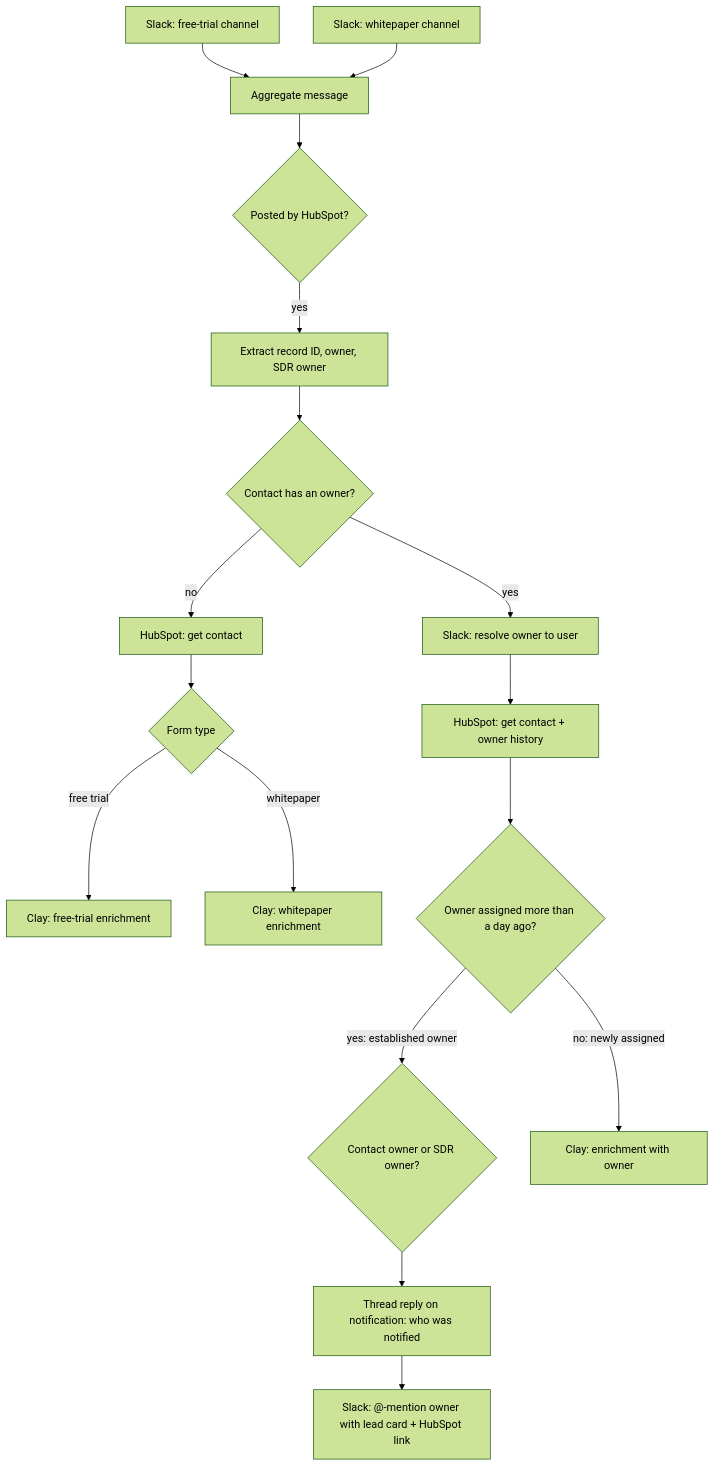
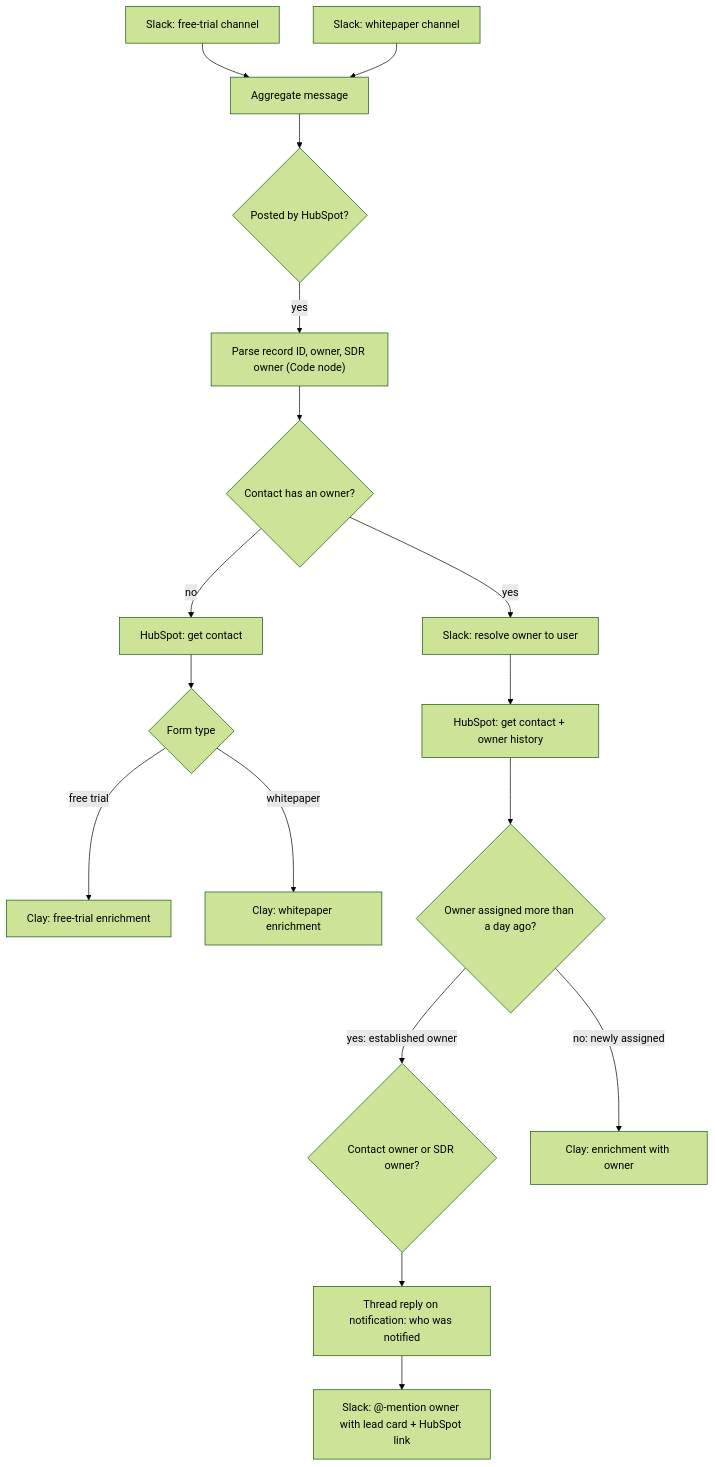
Before and after one commit to amjaddwikat/gtm-workflows: the diagram in docs/case-studies/02-inbound-speed-to-lead.md, drawn with Mermaid (forest theme). The commit also changed other lines of this file and 13 other files, not shown here.

````diff
--- a/docs/case-studies/02-inbound-speed-to-lead.md
+++ b/docs/case-studies/02-inbound-speed-to-lead.md
@@ -21,18 +21,18 @@
 ```mermaid
 flowchart TD
     FT["Slack: free-trial channel"] --> AG["Aggregate message"]
     WP["Slack: whitepaper channel"] --> AG
     AG --> HS{"Posted by HubSpot?"}
-    HS -->|yes| EX["Extract record ID, owner, SDR owner"]
+    HS -->|yes| EX["Parse record ID, owner, SDR owner (Code node)"]
     EX --> OW{"Contact has an owner?"}
 
     OW -->|no| C0["HubSpot: get contact"] --> T0{"Form type"}
     T0 -->|free trial| CL1["Clay: free-trial enrichment"]
     T0 -->|whitepaper| CL2["Clay: whitepaper enrichment"]
 
     OW -->|yes| SU["Slack: resolve owner to user"] --> C1["HubSpot: get contact + owner history"]
     C1 --> AGE{"Owner assigned more than a day ago?"}
     AGE -->|yes: established owner| WHO{"Contact owner or SDR owner?"}
     WHO --> TH["Thread reply on notification: who was notified"] --> AT["Slack: @-mention owner with lead card + HubSpot link"]
     AGE -->|no: newly assigned| CL3["Clay: enrichment with owner"]
 ```
````
